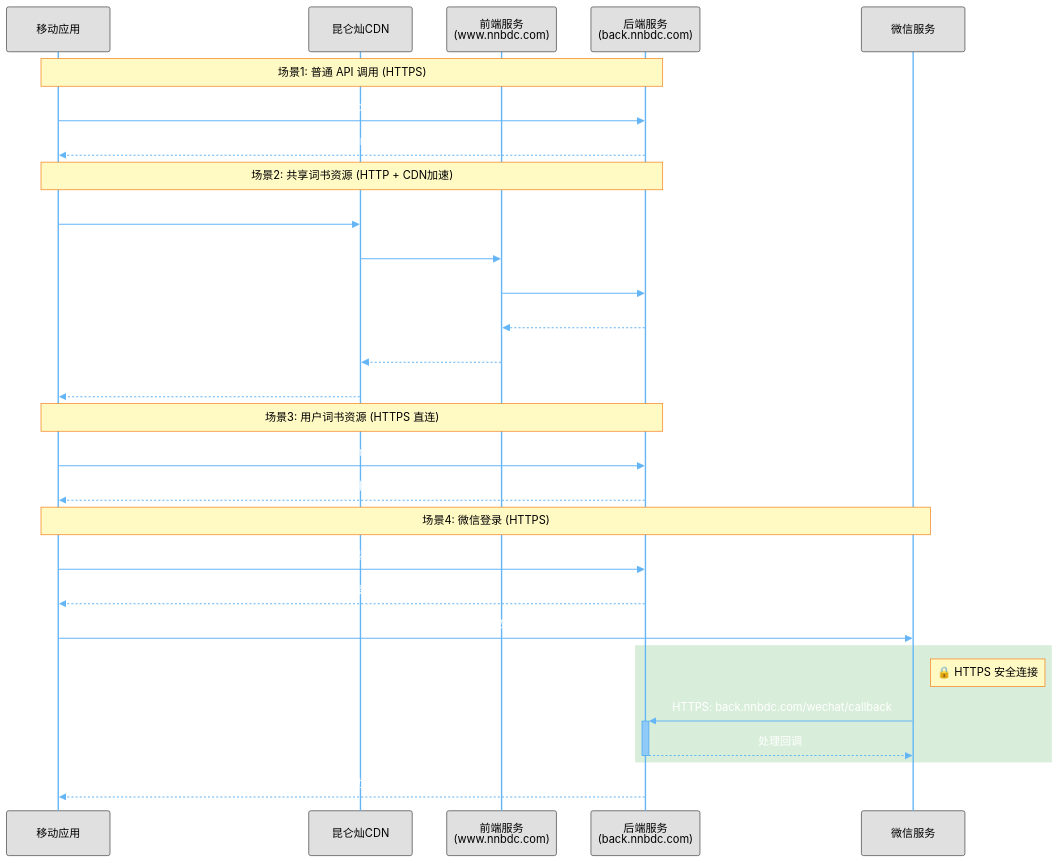
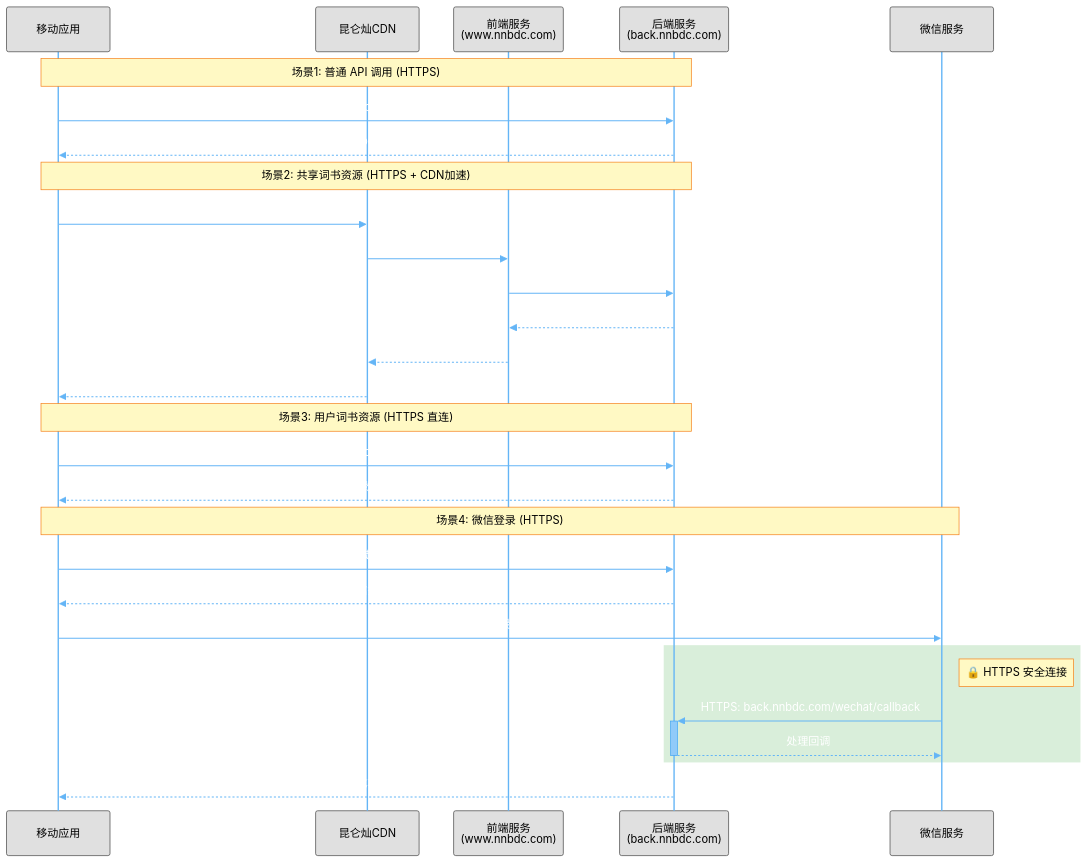
The second of 2 diagrams in HTTP_HTTPS_ARCHITECTURE.md (yubingma/nnbdc), drawn with Mermaid before and after one commit. The commit also changed other lines of this file and 2 other files, not shown here.

````diff
--- a/HTTP_HTTPS_ARCHITECTURE.md
+++ b/HTTP_HTTPS_ARCHITECTURE.md
@@ -124,36 +150,36 @@
 ```mermaid
 %%{init: {'theme':'base', 'themeVariables': { 'primaryColor':'#4FC3F7','primaryTextColor':'#000','primaryBorderColor':'#01579B','lineColor':'#64B5F6','secondaryColor':'#81C784','tertiaryColor':'#FFE082','noteBkgColor':'#FFF9C4','noteTextColor':'#000','noteBorderColor':'#F57F17','actorBkg':'#E0E0E0','actorBorder':'#424242','actorTextColor':'#000','actorLineColor':'#64B5F6','signalColor':'#64B5F6','signalTextColor':'#FFFFFF','labelBoxBkgColor':'#FFE082','labelBoxBorderColor':'#F57F17','labelTextColor':'#000','activationBorderColor':'#42A5F5','activationBkgColor':'#90CAF9'}}}%%
 sequenceDiagram
     participant App as 移动应用
     participant CDN as 昆仑灿CDN
     participant Front as 前端服务<br/>(www.nnbdc.com)
     participant Back as 后端服务<br/>(back.nnbdc.com)
     participant WeChat as 微信服务
 
     Note over App,Back: 场景1: 普通 API 调用 (HTTPS)
     App->>Back: HTTPS: back.nnbdc.com/api/xxx
     Back-->>App: JSON Response (加密)
 
-    Note over App,Back: 场景2: 共享词书资源 (HTTP + CDN加速)
-    App->>CDN: HTTP: www.nnbdc.com/back/getDictResById.do
-    CDN->>Front: HTTP 转发
-    Front->>Back: HTTP 内部转发
+    Note over App,Back: 场景2: 共享词书资源 (HTTPS + CDN加速)
+    App->>CDN: HTTPS: www.nnbdc.com/back/getDictResById.do
+    CDN->>Front: HTTPS 转发
+    Front->>Back: HTTP/HTTPS 内部转发
     Back-->>Front: 资源数据
     Front-->>CDN: 返回资源
     CDN-->>App: 缓存并返回（加速）
 
     Note over App,Back: 场景3: 用户词书资源 (HTTPS 直连)
     App->>Back: HTTPS: back.nnbdc.com/getDictResById.do
     Back-->>App: 用户私有数据 (加密)
 
     Note over App,WeChat: 场景4: 微信登录 (HTTPS)
     App->>Back: HTTPS: 发起微信登录
     Back-->>App: 返回微信授权URL
     App->>WeChat: 打开微信授权页面
     rect rgba(129, 199, 132, 0.3)
         Note right of WeChat: 🔒 HTTPS 安全连接
         WeChat->>+Back: HTTPS: back.nnbdc.com/wechat/callback
         Back-->>-WeChat: 处理回调
     end
     Back-->>App: 登录成功通知
 ```
````
